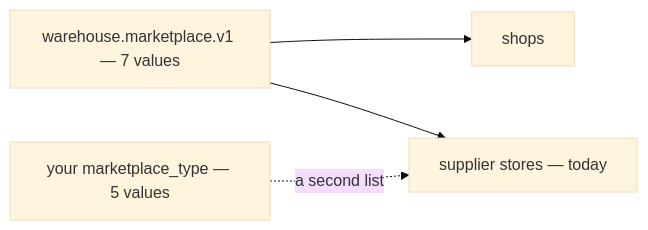
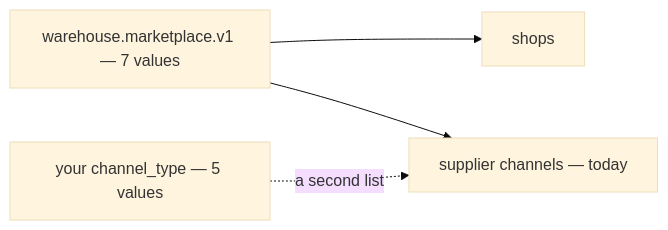
The fifth of 5 diagrams in docs/business/supplier/context_clarify.md (pdcgo/warehouse_revamp), drawn with Mermaid (base theme) before and after one commit. The commit also changed other lines of this file and 2 other files, not shown here.

First line of the commit message:
supplier: the fourth edit - no code, products per channel, the linking parked for CRUD first

````diff
--- a/docs/business/supplier/context_clarify.md
+++ b/docs/business/supplier/context_clarify.md
@@ -266,6 +232,6 @@
 ```mermaid
 flowchart LR
   E["warehouse.marketplace.v1 — 7 values"] --> SH["shops"]
-  E --> SU["supplier stores — today"]
-  N["your marketplace_type — 5 values"] -.->|"a second list"| SU
+  E --> SU["supplier channels — today"]
+  N["your channel_type — 5 values"] -.->|"a second list"| SU
 ```
````
